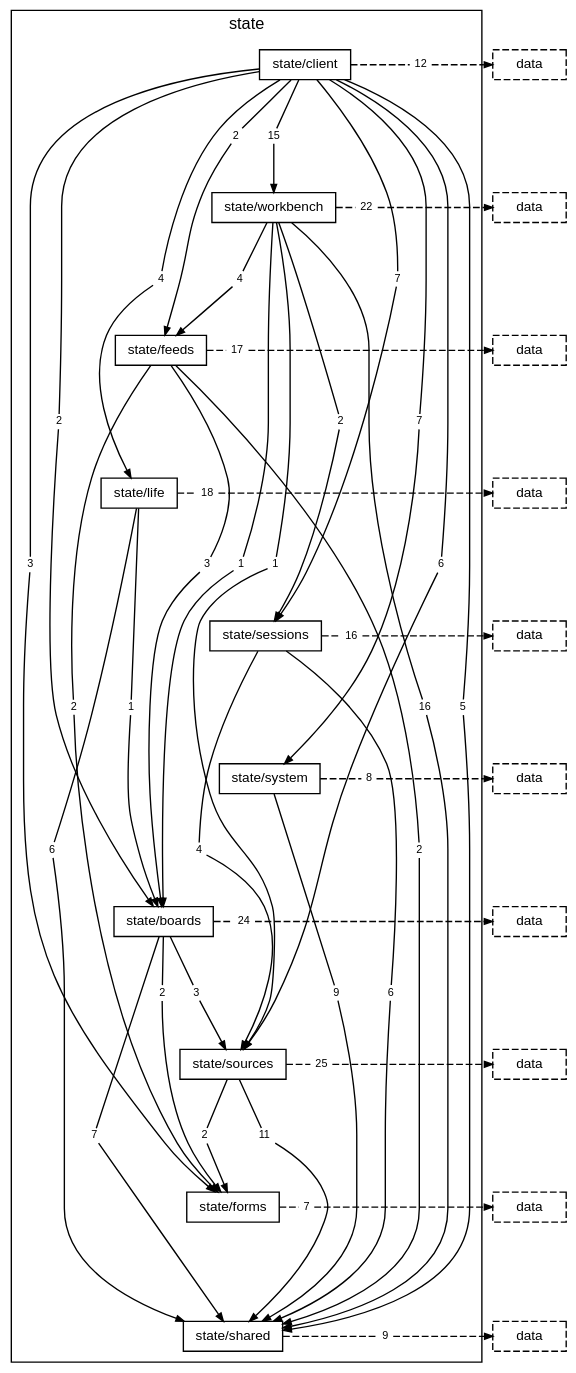
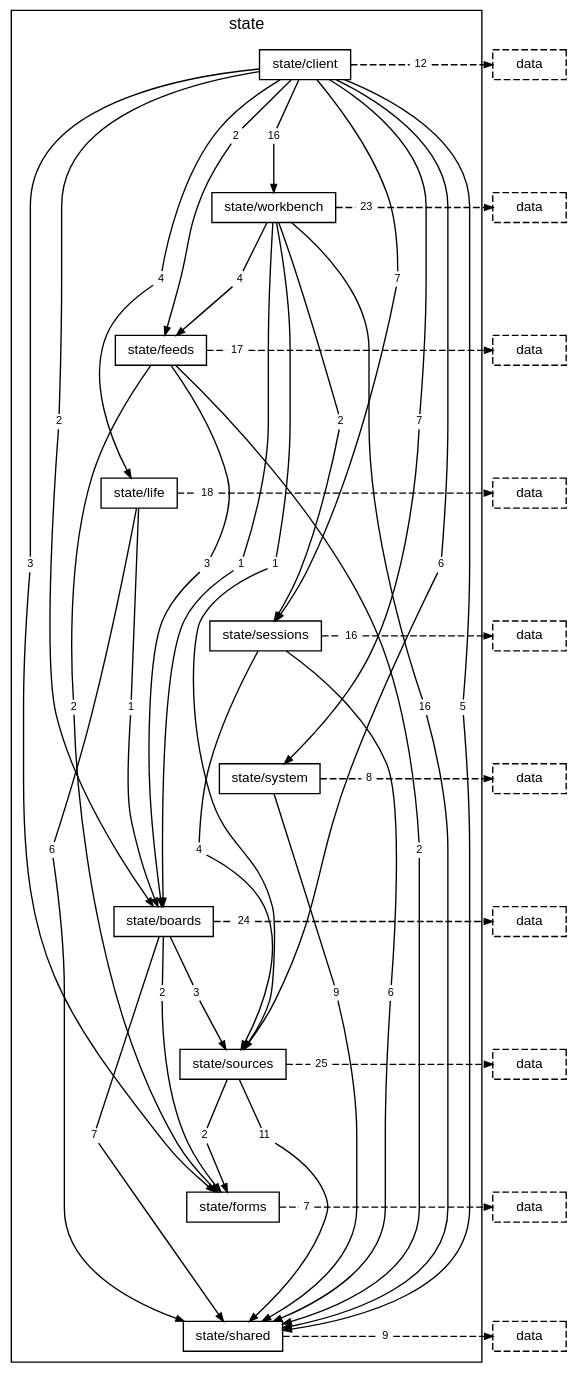
One commit to TheAxeC/oculus changed the diagram in docs/diagrams/layer-state.dot. Above: the diagram before and after it, drawn with Graphviz. The commit also changed 63 other files, not shown here.

```diff
--- a/docs/diagrams/layer-state.dot
+++ b/docs/diagrams/layer-state.dot
@@ -22,14 +22,14 @@
         "folder state/client to folder state/shared" [label="5", shape=box, color="transparent", fontsize=8, width=0, height=0, margin="0.04,0.02"];
         "folder state/client to folder state/sources" [label="6", shape=box, color="transparent", fontsize=8, width=0, height=0, margin="0.04,0.02"];
         "folder state/client to folder state/system" [label="7", shape=box, color="transparent", fontsize=8, width=0, height=0, margin="0.04,0.02"];
-        "folder state/client to folder state/workbench" [label="15", shape=box, color="transparent", fontsize=8, width=0, height=0, margin="0.04,0.02"];
+        "folder state/client to folder state/workbench" [label="16", shape=box, color="transparent", fontsize=8, width=0, height=0, margin="0.04,0.02"];
         "folder state/client to layer data" [label="12", shape=box, color="transparent", fontsize=8, width=0, height=0, margin="0.04,0.02"];
         "folder state/workbench to folder state/boards" [label="1", shape=box, color="transparent", fontsize=8, width=0, height=0, margin="0.04,0.02"];
         "folder state/workbench to folder state/feeds" [label="4", shape=box, color="transparent", fontsize=8, width=0, height=0, margin="0.04,0.02"];
         "folder state/workbench to folder state/sessions" [label="2", shape=box, color="transparent", fontsize=8, width=0, height=0, margin="0.04,0.02"];
         "folder state/workbench to folder state/shared" [label="16", shape=box, color="transparent", fontsize=8, width=0, height=0, margin="0.04,0.02"];
         "folder state/workbench to folder state/sources" [label="1", shape=box, color="transparent", fontsize=8, width=0, height=0, margin="0.04,0.02"];
-        "folder state/workbench to layer data" [label="22", shape=box, color="transparent", fontsize=8, width=0, height=0, margin="0.04,0.02"];
+        "folder state/workbench to layer data" [label="23", shape=box, color="transparent", fontsize=8, width=0, height=0, margin="0.04,0.02"];
         "folder state/feeds to folder state/boards" [label="3", shape=box, color="transparent", fontsize=8, width=0, height=0, margin="0.04,0.02"];
         "folder state/feeds to folder state/forms" [label="2", shape=box, color="transparent", fontsize=8, width=0, height=0, margin="0.04,0.02"];
         "folder state/feeds to folder state/shared" [label="2", shape=box, color="transparent", fontsize=8, width=0, height=0, margin="0.04,0.02"];
```
